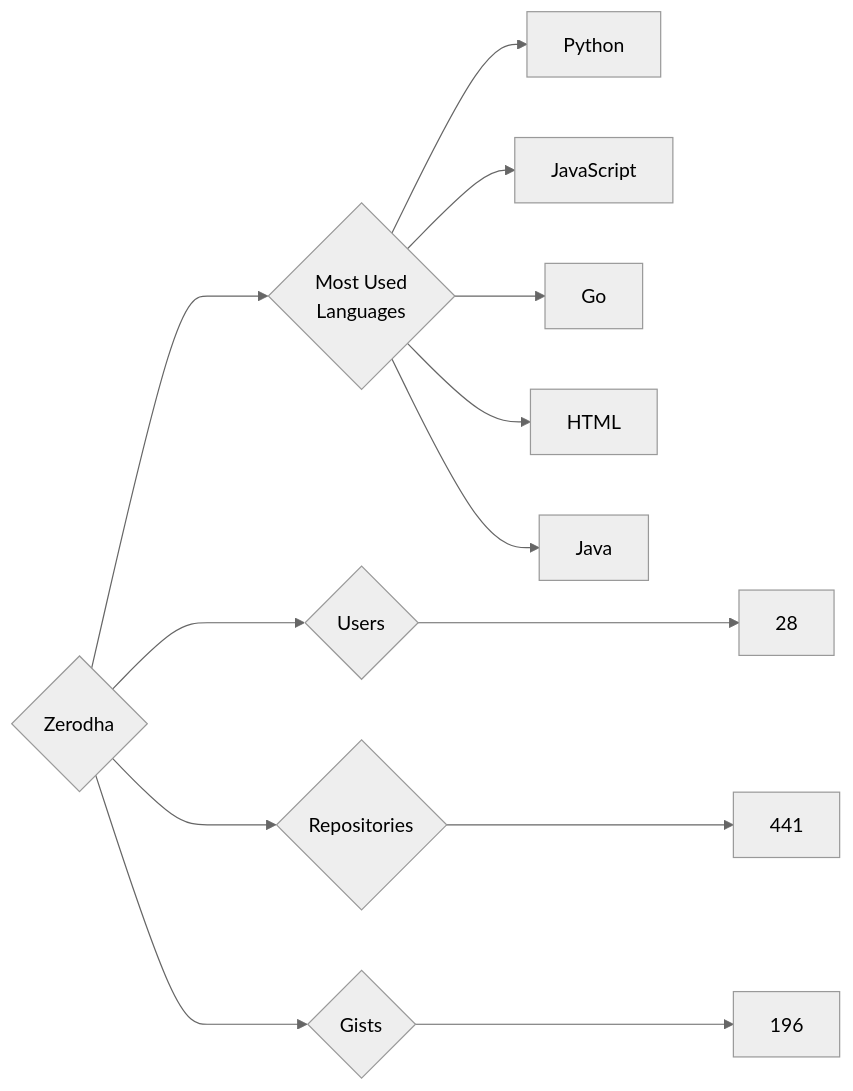
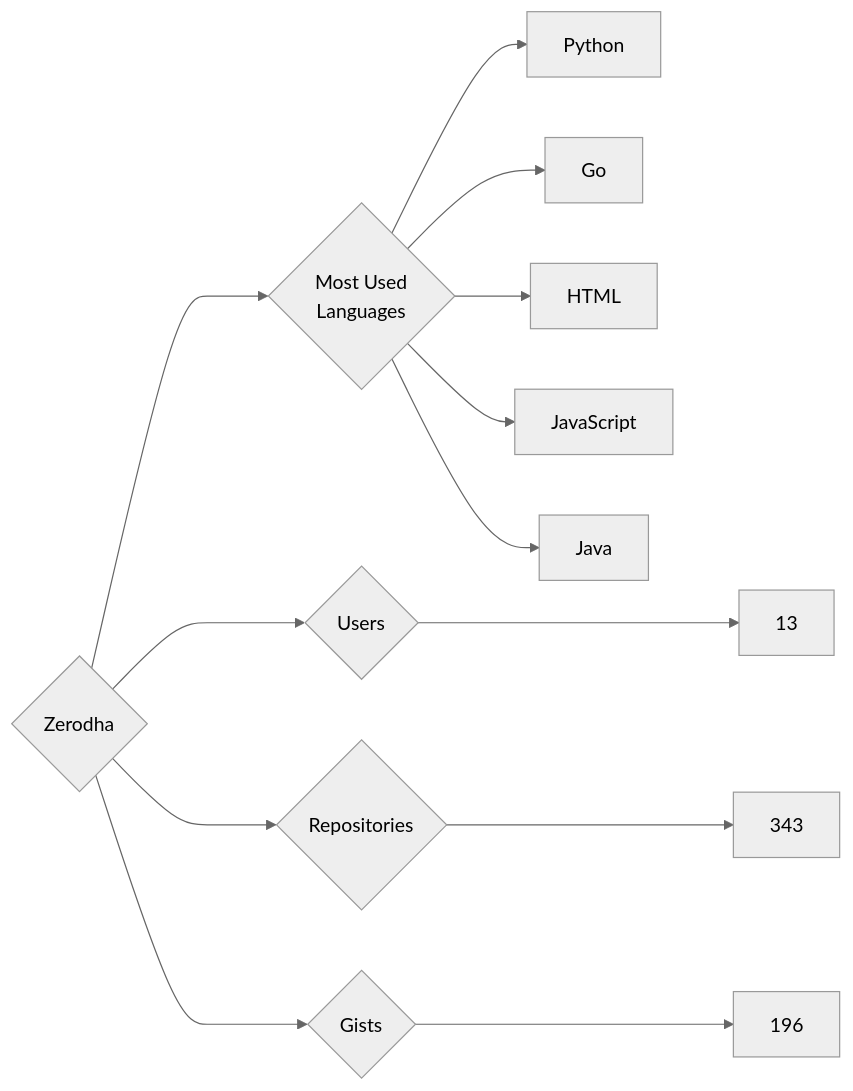
One commit to trickest/insiders changed the diagram in targets/Zerodha/README.md. Above: the diagram before and after it, drawn with Mermaid (neutral theme). The commit also changed 823 other files, not shown here.

````diff
--- a/targets/Zerodha/README.md
+++ b/targets/Zerodha/README.md
@@ -3,13 +3,13 @@
 ```mermaid
 graph LR
 COMPANY_NAME{Zerodha}
-COMPANY_NAME ---> U{Users} ---> UN[28]
-COMPANY_NAME ---> R{Repositories} ---> RN[441]
+COMPANY_NAME ---> U{Users} ---> UN[13]
+COMPANY_NAME ---> R{Repositories} ---> RN[343]
 COMPANY_NAME ---> G{Gists} ---> GN[196]
 COMPANY_NAME ---> ML{Most Used<br>Languages}
 ML --> Python[Python]
-ML --> JavaScript[JavaScript]
 ML --> Go[Go]
 ML --> HTML[HTML]
+ML --> JavaScript[JavaScript]
 ML --> Java[Java]
 ```
````
